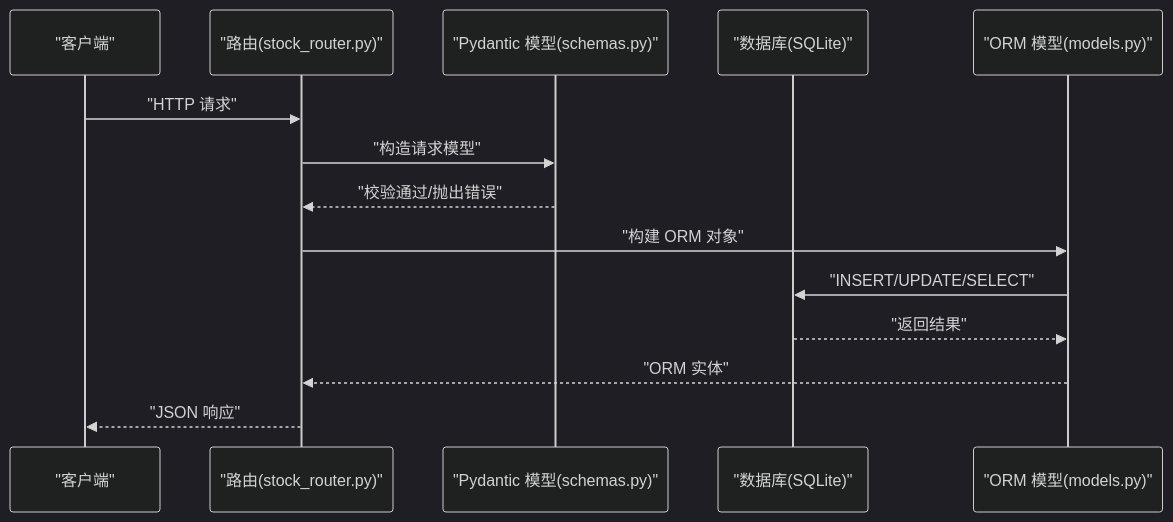
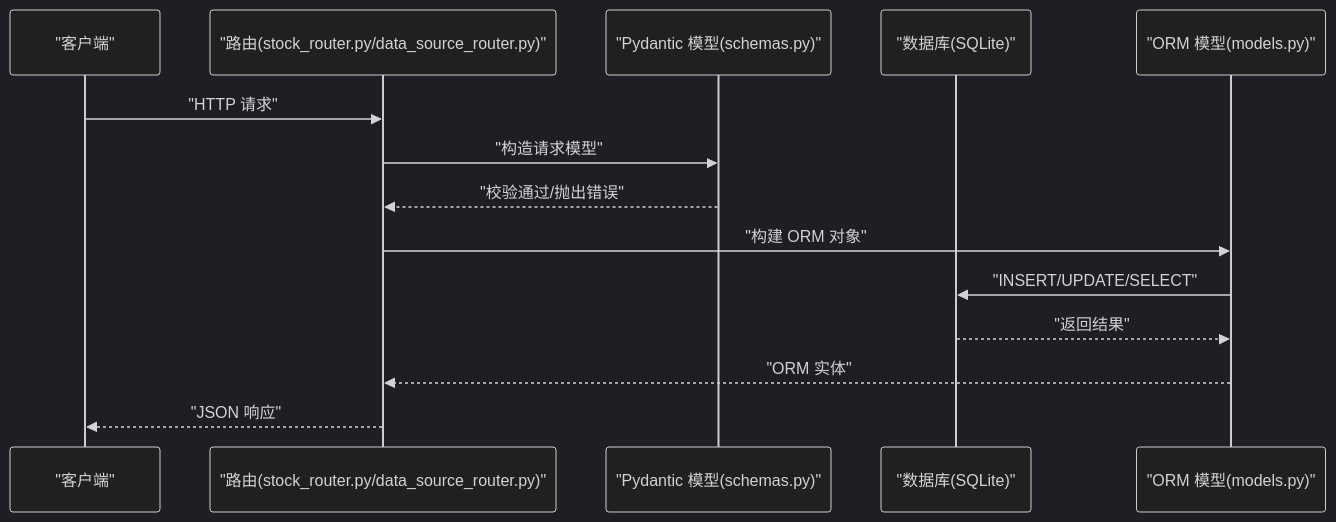
One commit to Moruime/stock_foker changed the second of 4 diagrams in .qoder/repowiki/zh/content/数据模型/数据验证规则.md. Above: the diagram before and after it, drawn with Mermaid (dark theme). The commit also changed other lines of this file and 5 other files, not shown here.

First line of the commit message:
feat(data-source): 实现优先级数据源注册表及多项增强机制

````diff
--- a/.qoder/repowiki/zh/content/数据模型/数据验证规则.md
+++ b/.qoder/repowiki/zh/content/数据模型/数据验证规则.md
@@ -84,16 +101,16 @@
 ```mermaid
 sequenceDiagram
 participant Client as "客户端"
-participant Router as "路由(stock_router.py)"
+participant Router as "路由(stock_router.py/data_source_router.py)"
 participant Pydantic as "Pydantic 模型(schemas.py)"
 participant DB as "数据库(SQLite)"
 participant Model as "ORM 模型(models.py)"
 Client->>Router : "HTTP 请求"
 Router->>Pydantic : "构造请求模型"
 Pydantic-->>Router : "校验通过/抛出错误"
 Router->>Model : "构建 ORM 对象"
 Model->>DB : "INSERT/UPDATE/SELECT"
 DB-->>Model : "返回结果"
 Model-->>Router : "ORM 实体"
 Router-->>Client : "JSON 响应"
 ```
````
